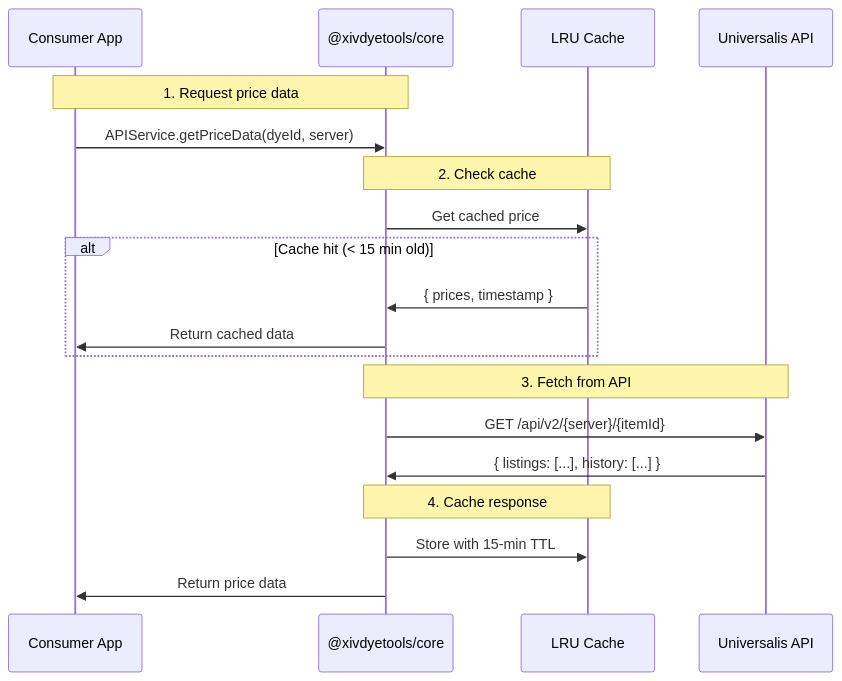
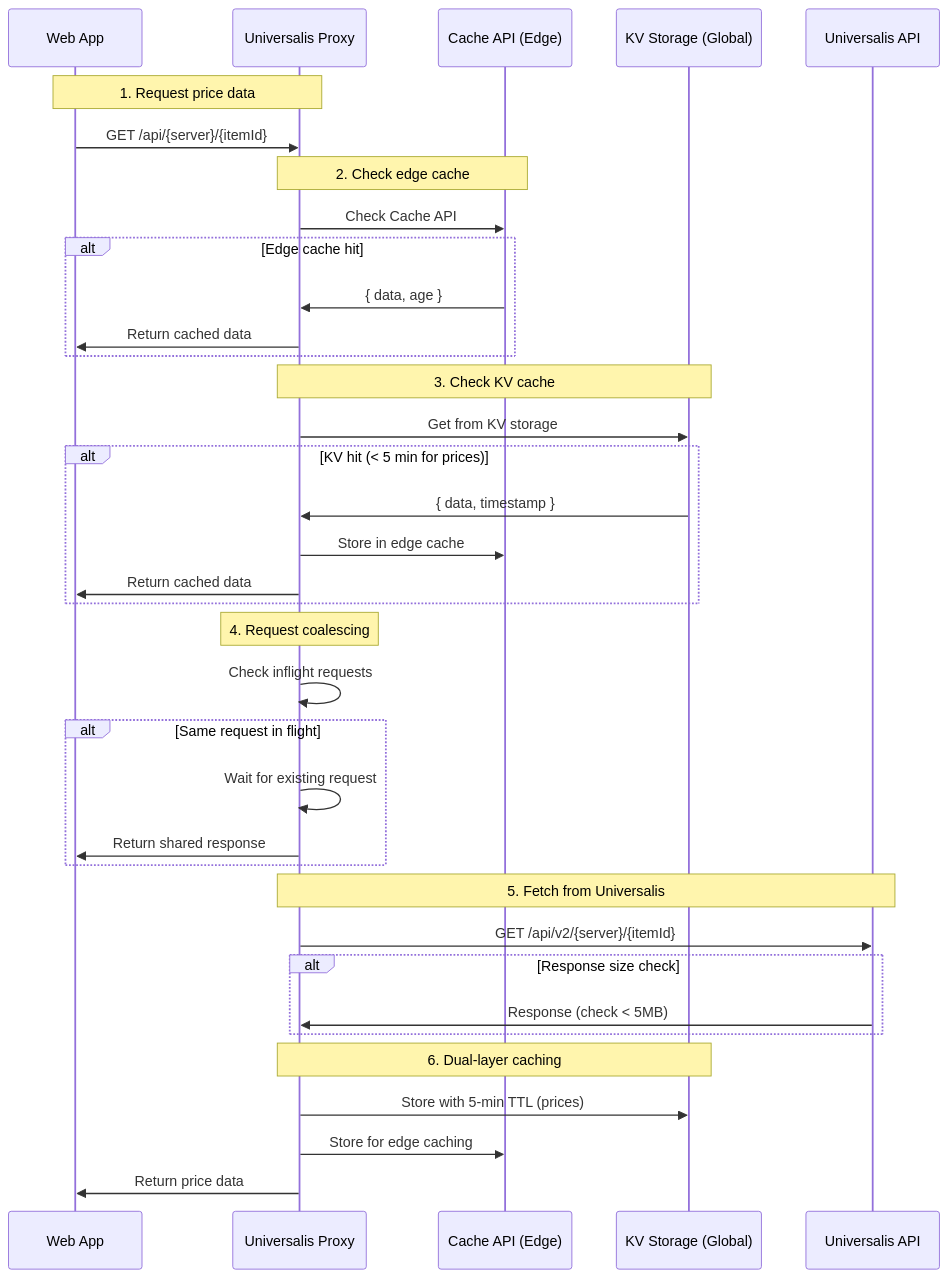
The fifth of 6 diagrams in architecture/data-flow.md (FlashGalatine/xivdyetools-docs), drawn with Mermaid before and after one commit. The commit also changed other lines of this file and 25 other files, not shown here.

````diff
--- a/architecture/data-flow.md
+++ b/architecture/data-flow.md
@@ -236,25 +236,45 @@
 ```mermaid
 sequenceDiagram
-    participant Client as Consumer App
-    participant Core as @xivdyetools/core
-    participant Cache as LRU Cache
+    participant Client as Web App
+    participant Proxy as Universalis Proxy
+    participant EdgeCache as Cache API (Edge)
+    participant KV as KV Storage (Global)
     participant API as Universalis API
 
-    Note over Client,Core: 1. Request price data
-    Client->>Core: APIService.getPriceData(dyeId, server)
+    Note over Client,Proxy: 1. Request price data
+    Client->>Proxy: GET /api/{server}/{itemId}
 
-    Note over Core,Cache: 2. Check cache
-    Core->>Cache: Get cached price
-    alt Cache hit (< 15 min old)
-        Cache->>Core: { prices, timestamp }
-        Core->>Client: Return cached data
+    Note over Proxy,EdgeCache: 2. Check edge cache
+    Proxy->>EdgeCache: Check Cache API
+    alt Edge cache hit
+        EdgeCache->>Proxy: { data, age }
+        Proxy->>Client: Return cached data
     end
 
-    Note over Core,API: 3. Fetch from API
-    Core->>API: GET /api/v2/{server}/{itemId}
-    API->>Core: { listings: [...], history: [...] }
+    Note over Proxy,KV: 3. Check KV cache
+    Proxy->>KV: Get from KV storage
+    alt KV hit (< 5 min for prices)
+        KV->>Proxy: { data, timestamp }
+        Proxy->>EdgeCache: Store in edge cache
+        Proxy->>Client: Return cached data
+    end
 
-    Note over Core,Cache: 4. Cache response
-    Core->>Cache: Store with 15-min TTL
-    Core->>Client: Return price data
+    Note over Proxy: 4. Request coalescing
+    Proxy->>Proxy: Check inflight requests
+    alt Same request in flight
+        Proxy->>Proxy: Wait for existing request
+        Proxy->>Client: Return shared response
+    end
+
+    Note over Proxy,API: 5. Fetch from Universalis
+    Proxy->>API: GET /api/v2/{server}/{itemId}
+
+    alt Response size check
+        API->>Proxy: Response (check < 5MB)
+    end
+
+    Note over Proxy,KV: 6. Dual-layer caching
+    Proxy->>KV: Store with 5-min TTL (prices)
+    Proxy->>EdgeCache: Store for edge caching
+    Proxy->>Client: Return price data
 ```
````
